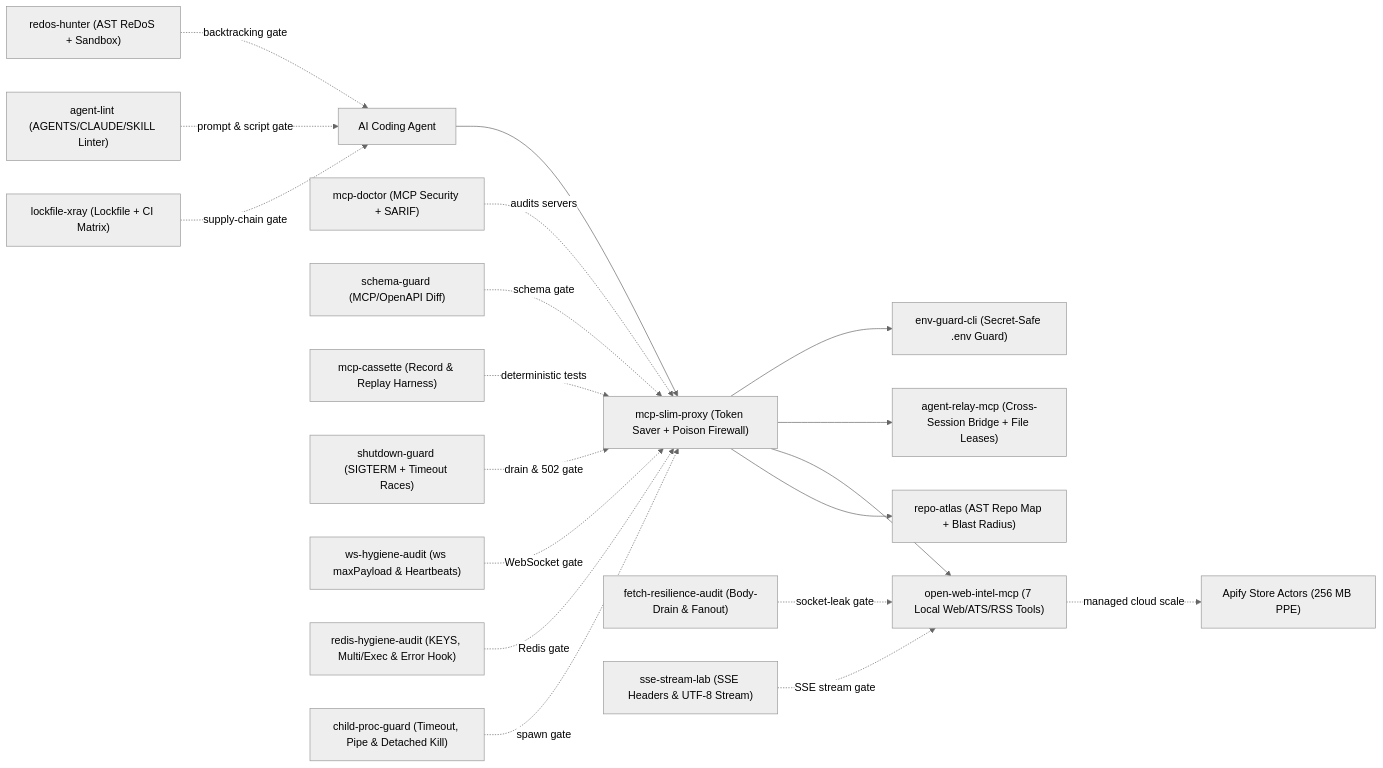
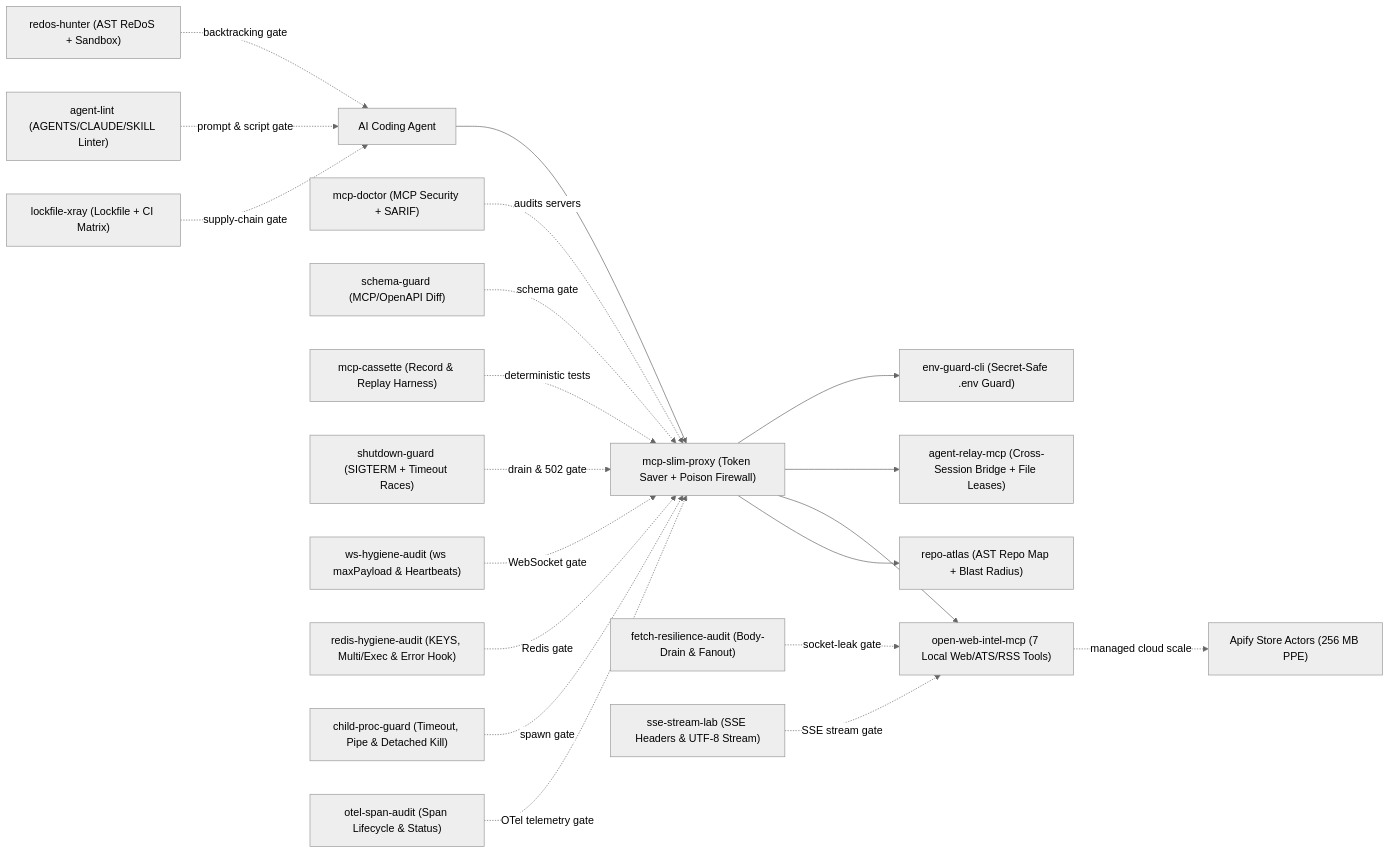
Before and after one commit to pie527645-cloud/pie527645-cloud: the diagram in README.md, drawn with Mermaid (neutral theme). The commit also changed other lines of this file, not shown here.

Commit message:
docs: add otel-span-audit (18 TS CLIs complete)

````diff
--- a/README.md
+++ b/README.md
@@ -5,21 +5,22 @@
 ```mermaid
 flowchart LR
     Agent["AI Coding Agent"] --> Slim["mcp-slim-proxy (Token Saver + Poison Firewall)"]
     Slim --> Atlas["repo-atlas (AST Repo Map + Blast Radius)"]
     Slim --> WebIntel["open-web-intel-mcp (7 Local Web/ATS/RSS Tools)"]
     Slim --> Relay["agent-relay-mcp (Cross-Session Bridge + File Leases)"]
     Slim --> EnvGuard["env-guard-cli (Secret-Safe .env Guard)"]
     Doctor["mcp-doctor (MCP Security + SARIF)"] -. audits servers .-> Slim
     Schema["schema-guard (MCP/OpenAPI Diff)"] -. schema gate .-> Slim
     Cassette["mcp-cassette (Record & Replay Harness)"] -. deterministic tests .-> Slim
     Xray["lockfile-xray (Lockfile + CI Matrix)"] -. supply-chain gate .-> Agent
     AgentLint["agent-lint (AGENTS/CLAUDE/SKILL Linter)"] -. prompt & script gate .-> Agent
     Redos["redos-hunter (AST ReDoS + Sandbox)"] -. backtracking gate .-> Agent
     Shutdown["shutdown-guard (SIGTERM + Timeout Races)"] -. drain & 502 gate .-> Slim
     FetchAudit["fetch-resilience-audit (Body-Drain & Fanout)"] -. socket-leak gate .-> WebIntel
     SseAudit["sse-stream-lab (SSE Headers & UTF-8 Stream)"] -. SSE stream gate .-> WebIntel
     WsAudit["ws-hygiene-audit (ws maxPayload & Heartbeats)"] -. WebSocket gate .-> Slim
     RedisAudit["redis-hygiene-audit (KEYS, Multi/Exec & Error Hook)"] -. Redis gate .-> Slim
     ChildProc["child-proc-guard (Timeout, Pipe & Detached Kill)"] -. spawn gate .-> Slim
+    OtelAudit["otel-span-audit (Span Lifecycle & Status)"] -. OTel telemetry gate .-> Slim
     WebIntel -. managed cloud scale .-> Apify["Apify Store Actors (256 MB PPE)"]
 ```
````
